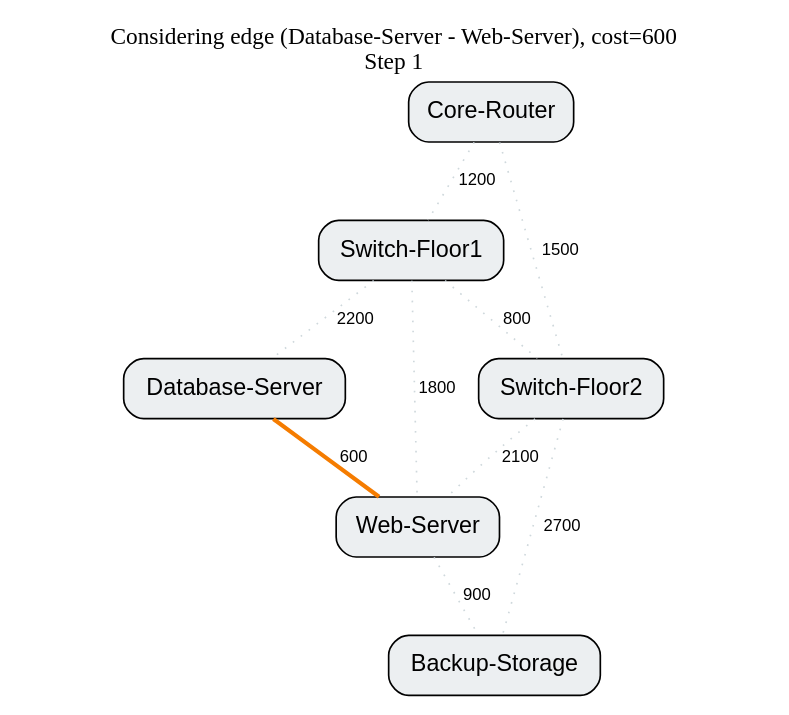
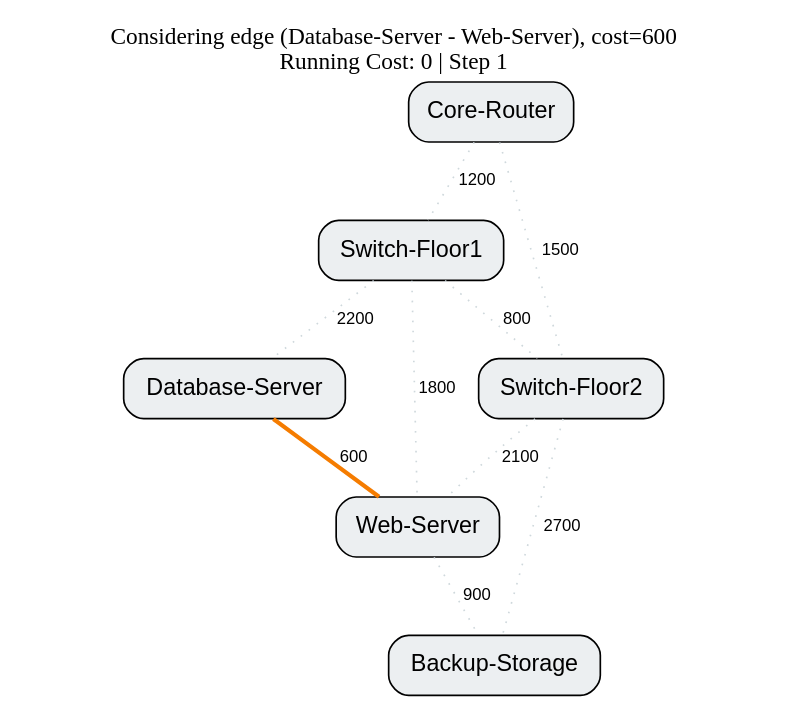
The diagram in docs/results/replay_frames/frame_001.dot (bariiqmalik/netopt), drawn with Graphviz before and after one commit. The commit also changed 64 other files, not shown here.

Commit message:
fix(replay): self-contained rendered HTML with graceful Graphviz fallback

```diff
--- a/docs/results/replay_frames/frame_001.dot
+++ b/docs/results/replay_frames/frame_001.dot
@@ -1,23 +1,23 @@
 graph Frame {
-  label="Considering edge (Database-Server - Web-Server), cost=600\nStep 1";
+  label="Considering edge (Database-Server - Web-Server), cost=600\nRunning Cost: 0 | Step 1";
   labelloc="t";
   node [shape=box, style="filled,rounded", fillcolor="#ECEFF1", fontname="Helvetica"];
   edge [fontname="Helvetica", fontsize=10];
 
   1 [label="Core-Router"];
   2 [label="Switch-Floor1"];
   3 [label="Switch-Floor2"];
   4 [label="Database-Server"];
   5 [label="Web-Server"];
   6 [label="Backup-Storage"];
 
   1 -- 2 [label="1200", color="#CFD8DC", style="dotted"];
   1 -- 3 [label="1500", color="#CFD8DC", style="dotted"];
   2 -- 3 [label="800", color="#CFD8DC", style="dotted"];
   2 -- 4 [label="2200", color="#CFD8DC", style="dotted"];
   2 -- 5 [label="1800", color="#CFD8DC", style="dotted"];
   3 -- 5 [label="2100", color="#CFD8DC", style="dotted"];
   3 -- 6 [label="2700", color="#CFD8DC", style="dotted"];
   4 -- 5 [label="600", color="#F57C00", penwidth=2.5];
   5 -- 6 [label="900", color="#CFD8DC", style="dotted"];
 }
```
